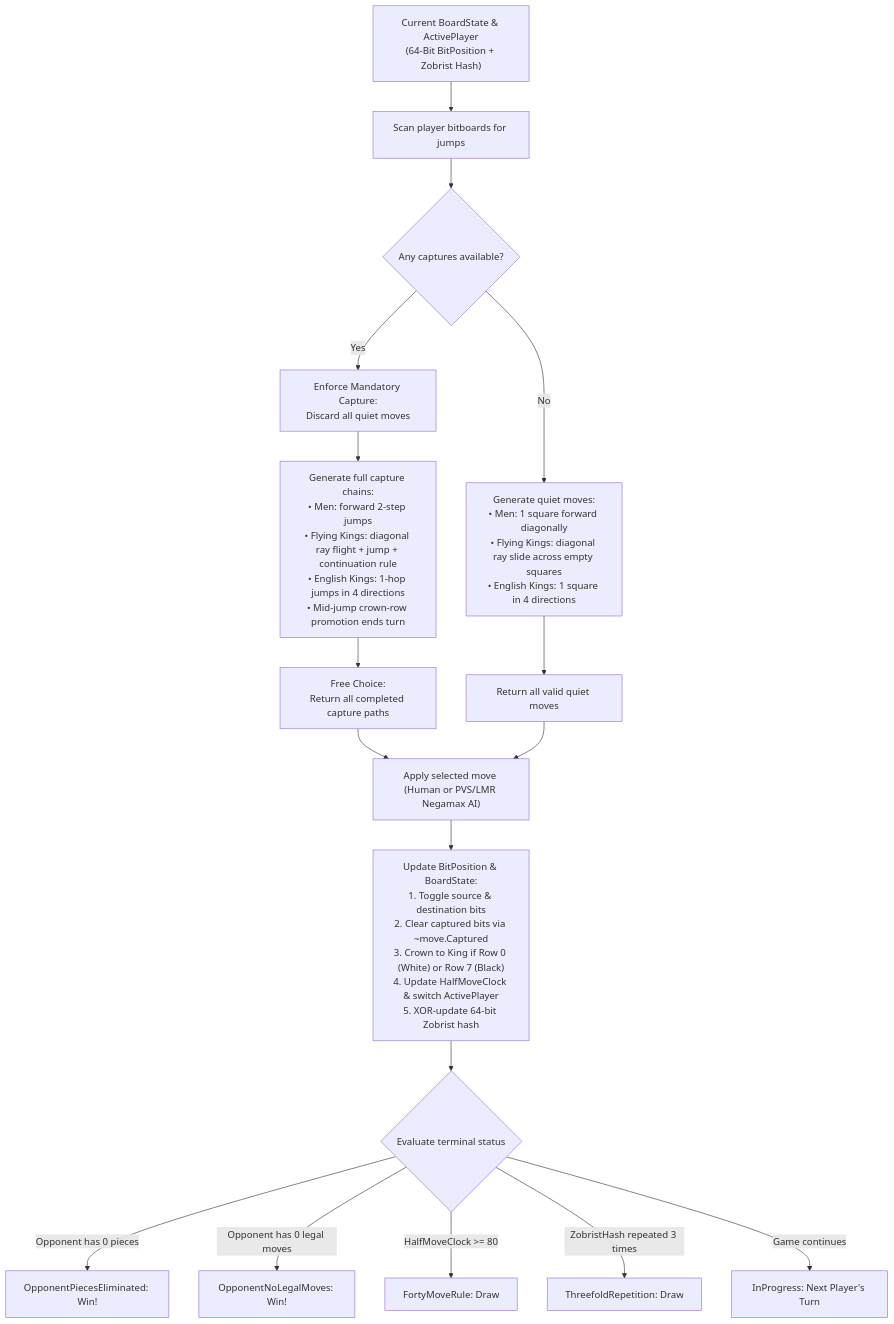
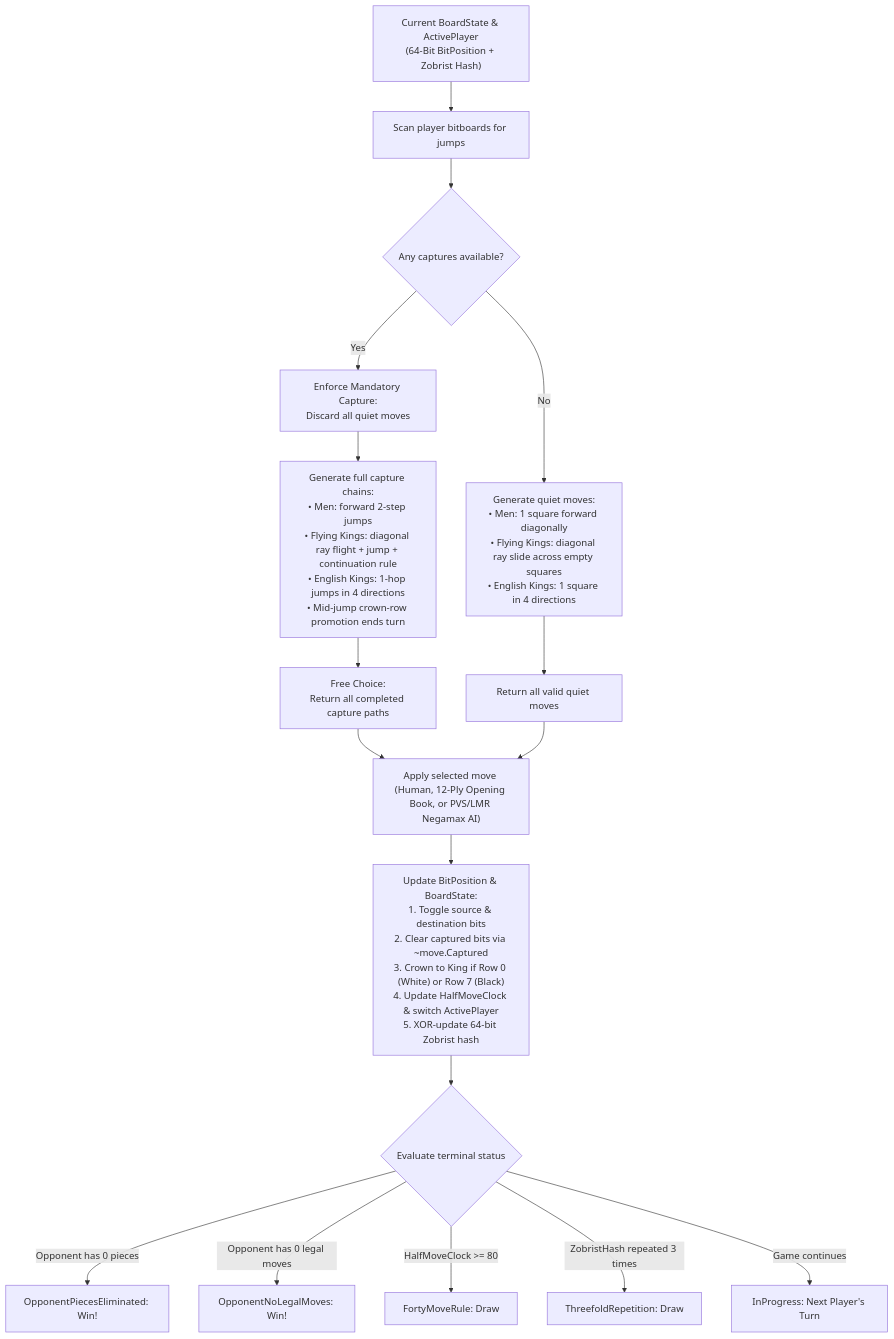
The first of 2 diagrams in docs/brain/README.md (cjp-dev/Checkers), drawn with Mermaid before and after one commit. The commit also changed other lines of this file and 11 other files, not shown here.

````diff
--- a/docs/brain/README.md
+++ b/docs/brain/README.md
@@ -20,24 +20,24 @@
 ```mermaid
 flowchart TD
     Start["Current BoardState &amp; ActivePlayer<br/>(64-Bit BitPosition + Zobrist Hash)"] --> ScanCaptures["Scan player bitboards for jumps"]
     ScanCaptures --> HasCaptures{"Any captures available?"}
     
     HasCaptures -- "Yes" --> MandatoryRule["Enforce Mandatory Capture:<br/>Discard all quiet moves"]
     MandatoryRule --> GenCaptures["Generate full capture chains:<br/>• Men: forward 2-step jumps<br/>• Flying Kings: diagonal ray flight + jump + continuation rule<br/>• English Kings: 1-hop jumps in 4 directions<br/>• Mid-jump crown-row promotion ends turn"]
     GenCaptures --> FreeChoice["Free Choice:<br/>Return all completed capture paths"]
     
     HasCaptures -- "No" --> ScanQuiet["Generate quiet moves:<br/>• Men: 1 square forward diagonally<br/>• Flying Kings: diagonal ray slide across empty squares<br/>• English Kings: 1 square in 4 directions"]
     ScanQuiet --> ReturnQuiet["Return all valid quiet moves"]
     
-    FreeChoice --> ApplyMove["Apply selected move (Human or PVS/LMR Negamax AI)"]
+    FreeChoice --> ApplyMove["Apply selected move (Human, 12-Ply Opening Book, or PVS/LMR Negamax AI)"]
     ReturnQuiet --> ApplyMove
     
     ApplyMove --> Mutate["Update BitPosition &amp; BoardState:<br/>1. Toggle source &amp; destination bits<br/>2. Clear captured bits via ~move.Captured<br/>3. Crown to King if Row 0 (White) or Row 7 (Black)<br/>4. Update HalfMoveClock &amp; switch ActivePlayer<br/>5. XOR-update 64-bit Zobrist hash"]
     
     Mutate --> CheckEnd{"Evaluate terminal status"}
     CheckEnd -- "Opponent has 0 pieces" --> WinElim["OpponentPiecesEliminated: Win!"]
     CheckEnd -- "Opponent has 0 legal moves" --> WinBlock["OpponentNoLegalMoves: Win!"]
     CheckEnd -- "HalfMoveClock >= 80" --> Draw40["FortyMoveRule: Draw"]
     CheckEnd -- "ZobristHash repeated 3 times" --> DrawRep["ThreefoldRepetition: Draw"]
     CheckEnd -- "Game continues" --> NextTurn["InProgress: Next Player's Turn"]
 ```
````
